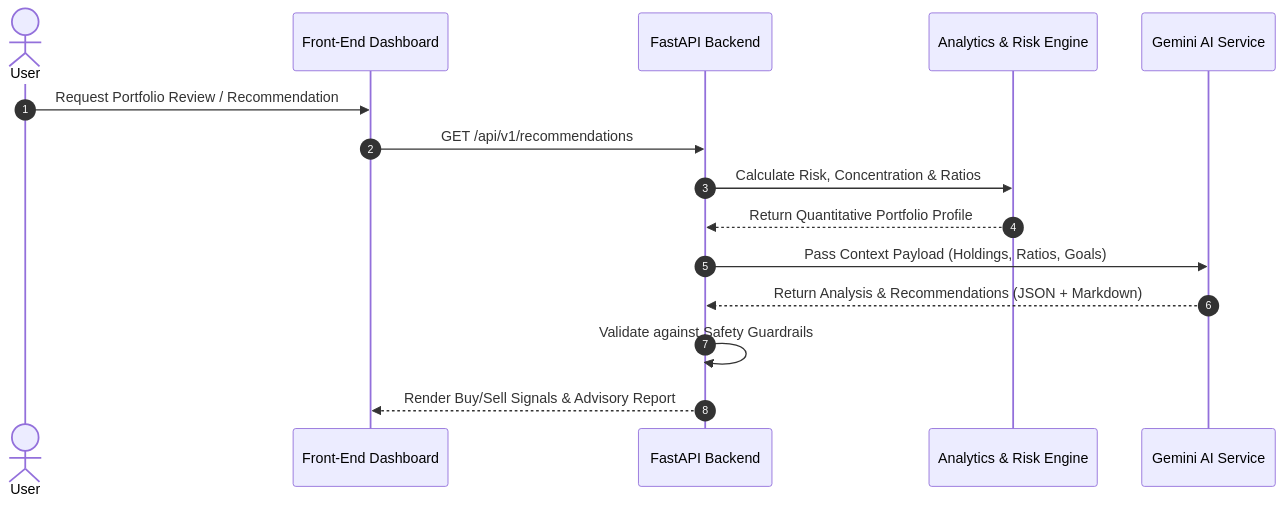
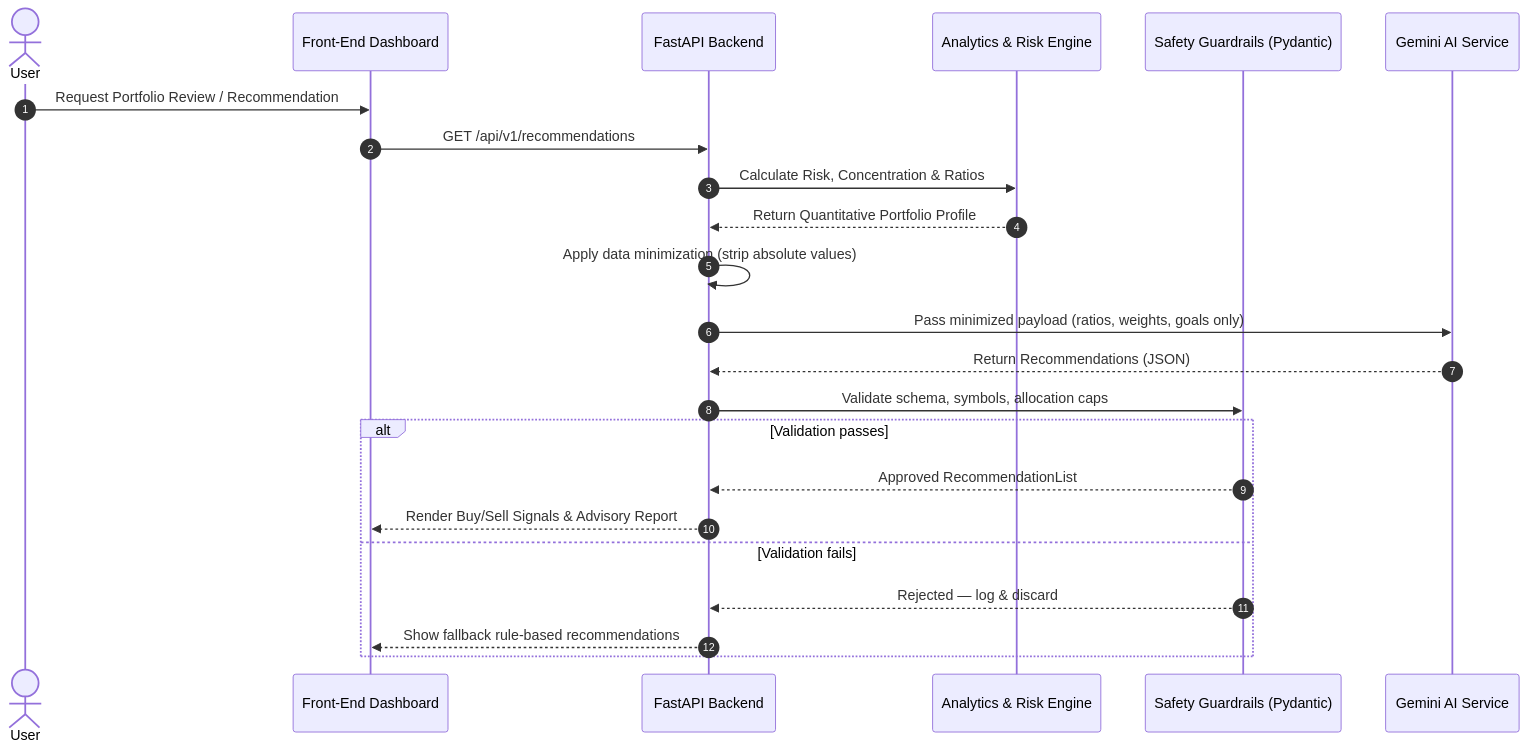
One commit to benoirajan/portfolio-assistant changed the third of 4 diagrams in docs/HLD.md. Above: the diagram before and after it, drawn with Mermaid. The commit also changed other lines of this file and 7 other files, not shown here.

Commit message:
docs: architecture review updates and gitignore setup

````diff
--- a/docs/HLD.md
+++ b/docs/HLD.md
@@ -150,18 +173,26 @@
 ```mermaid
 sequenceDiagram
     autonumber
     actor User
     participant UI as Front-End Dashboard
     participant Backend as FastAPI Backend
     participant Engine as Analytics & Risk Engine
+    participant Guard as Safety Guardrails (Pydantic)
     participant LLM as Gemini AI Service
 
     User->>UI: Request Portfolio Review / Recommendation
     UI->>Backend: GET /api/v1/recommendations
     Backend->>Engine: Calculate Risk, Concentration & Ratios
     Engine-->>Backend: Return Quantitative Portfolio Profile
-    Backend->>LLM: Pass Context Payload (Holdings, Ratios, Goals)
-    LLM-->>Backend: Return Analysis & Recommendations (JSON + Markdown)
-    Backend->>Backend: Validate against Safety Guardrails
-    Backend-->>UI: Render Buy/Sell Signals & Advisory Report
+    Backend->>Backend: Apply data minimization (strip absolute values)
+    Backend->>LLM: Pass minimized payload (ratios, weights, goals only)
+    LLM-->>Backend: Return Recommendations (JSON)
+    Backend->>Guard: Validate schema, symbols, allocation caps
+    alt Validation passes
+        Guard-->>Backend: Approved RecommendationList
+        Backend-->>UI: Render Buy/Sell Signals & Advisory Report
+    else Validation fails
+        Guard-->>Backend: Rejected — log & discard
+        Backend-->>UI: Show fallback rule-based recommendations
+    end
 ```
````
